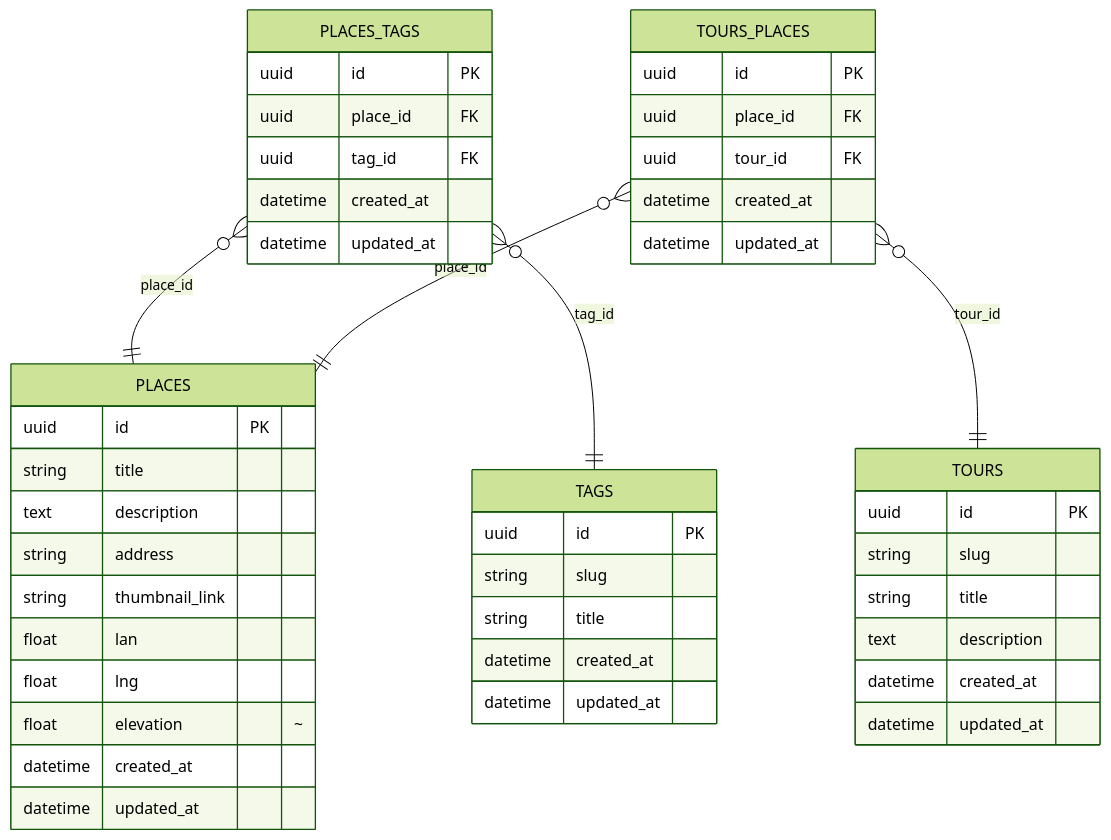
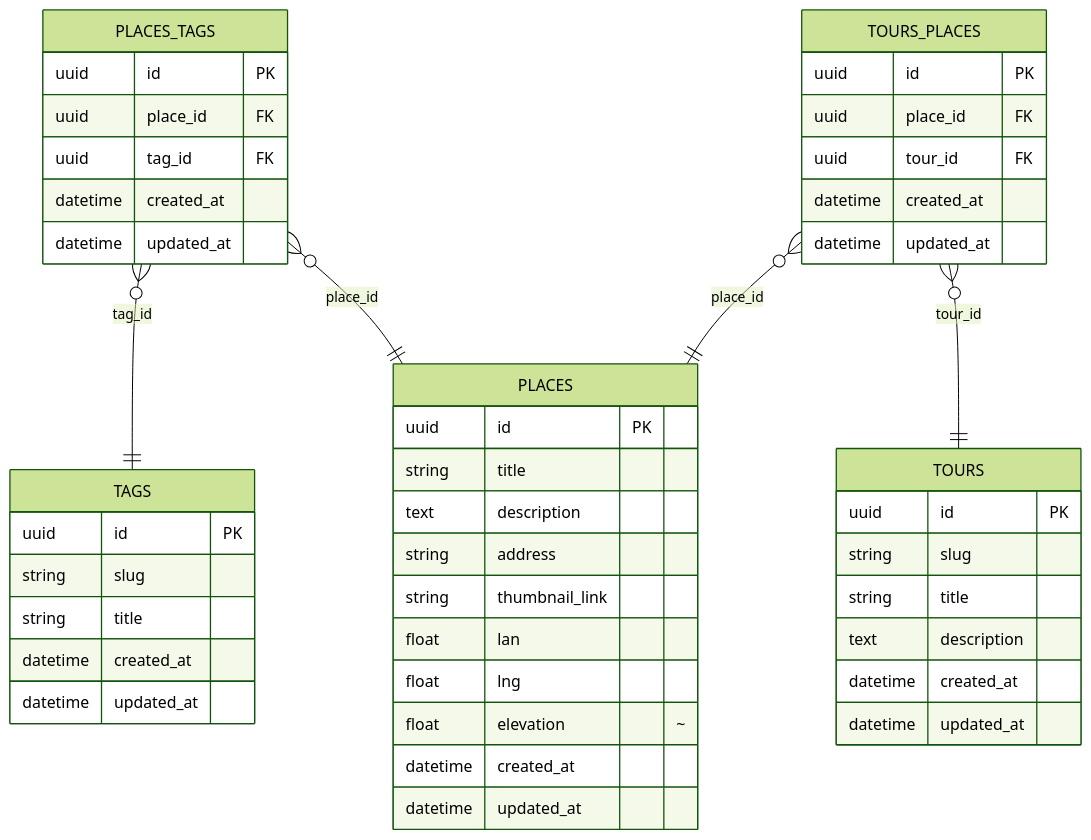
The diagram in readme.md (luiqor/krokwalk), drawn with Mermaid (forest theme) before and after one commit. The commit also changed other lines of this file and 12 other files, not shown here.

````diff
--- a/readme.md
+++ b/readme.md
@@ -5,52 +5,52 @@
 ```mermaid
 erDiagram
     PLACES {
         uuid id PK
         string title
         text description
         string address
         string thumbnail_link
         float lan
         float lng
         float elevation "~"
         datetime created_at
         datetime updated_at
     }
 
     PLACES_TAGS }o--|| PLACES : "place_id"
     PLACES_TAGS }o--|| TAGS : "tag_id"
     PLACES_TAGS {
         uuid id PK
         uuid place_id FK
         uuid tag_id FK
         datetime created_at
         datetime updated_at
     }
 
     TAGS {
         uuid id PK
         string slug
         string title
         datetime created_at
         datetime updated_at
     }
 
     TOURS {
         uuid id PK
         string slug
         string title
         text description
         datetime created_at
         datetime updated_at
     }
 
+    TOURS_PLACES }o--|| TOURS : "tour_id"
     TOURS_PLACES }o--|| PLACES : "place_id"
-    TOURS_PLACES }o--|| TOURS : "tour_id"
     TOURS_PLACES {
         uuid id PK
         uuid place_id FK
         uuid tour_id FK
         datetime created_at
         datetime updated_at
     }
 ```
````
